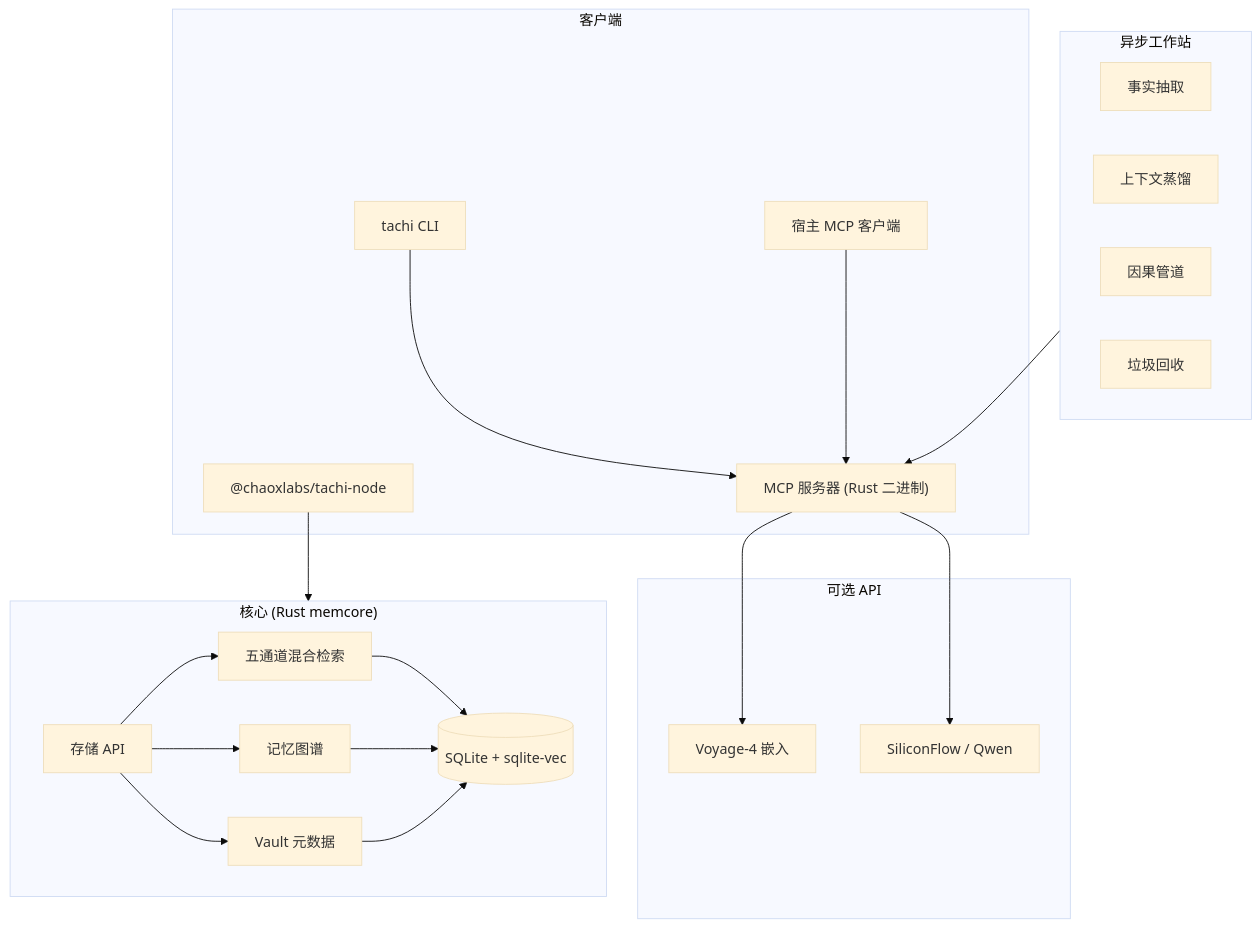
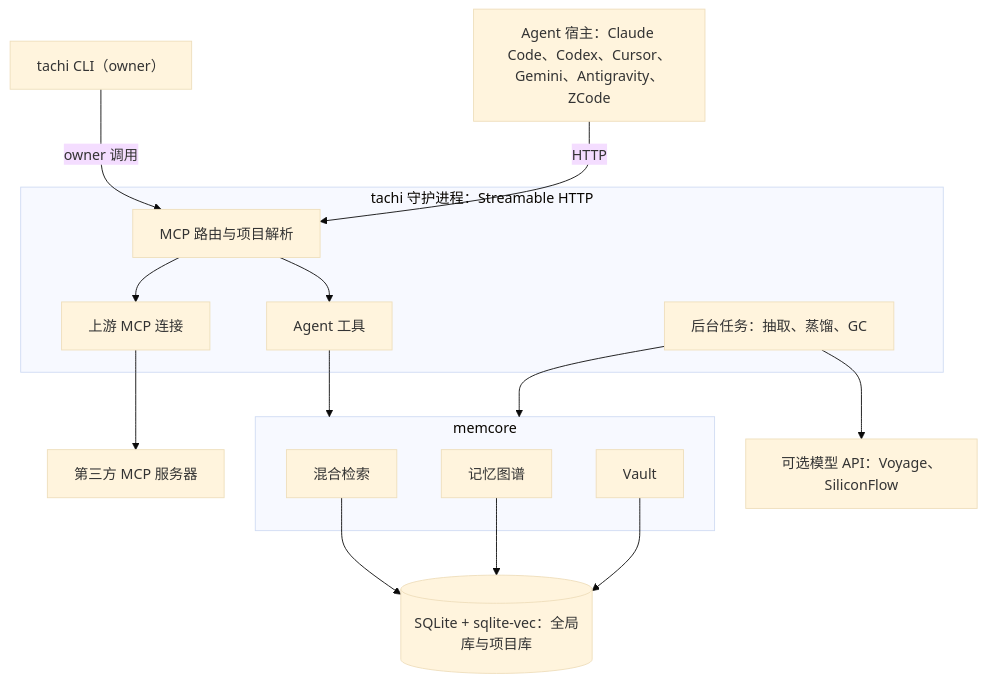
Before and after one commit to kckylechen1/Tachi: the diagram in README.zh-CN.md, drawn with Mermaid (base theme). The commit also changed other lines of this file and 4 other files, not shown here.

````diff
--- a/README.zh-CN.md
+++ b/README.zh-CN.md
@@ -202,43 +207,34 @@
 ```mermaid
 graph TD
-    subgraph Clients["客户端"]
-        CLI["tachi CLI"]
-        RMCP["MCP 服务器 (Rust 二进制)"]
-        Node["@chaoxlabs/tachi-node"]
-        Hosts["宿主 MCP 客户端"]
+    Hosts["Agent 宿主：Claude Code、Codex、Cursor、Gemini、Antigravity、ZCode"]
+    CLI["tachi CLI（owner）"]
+    Upstream["第三方 MCP 服务器"]
+    APIs["可选模型 API：Voyage、SiliconFlow"]
+
+    subgraph Daemon["tachi 守护进程：Streamable HTTP"]
+        Router["MCP 路由与项目解析"]
+        Tools["Agent 工具"]
+        Gateway["上游 MCP 连接"]
+        Workers["后台任务：抽取、蒸馏、GC"]
     end
 
-    subgraph Cloud["可选 API"]
-        VOYAGE["Voyage-4 嵌入"]
-        SILICON["SiliconFlow / Qwen"]
+    subgraph Core["memcore"]
+        Search["混合检索"]
+        Graph["记忆图谱"]
+        Vault["Vault"]
     end
 
-    subgraph Workers["异步工作站"]
-        EXTRACT["事实抽取"]
-        DISTILL["上下文蒸馏"]
-        CAUSAL["因果管道"]
-        GC["垃圾回收"]
-    end
+    DB[("SQLite + sqlite-vec：全局库与项目库")]
 
-    subgraph Core["核心 (Rust memcore)"]
-        API["存储 API"]
-        SEARCH["五通道混合检索"]
-        GRAPH["记忆图谱"]
-        VAULT["Vault 元数据"]
-        API --> SEARCH
-        API --> GRAPH
-        API --> VAULT
-        SEARCH --> DB
-        GRAPH --> DB
-        VAULT --> DB
-    end
-
-    DB[(SQLite + sqlite-vec)]
-
-    RMCP --> VOYAGE
-    RMCP --> SILICON
-    CLI --> RMCP
-    Hosts --> RMCP
-    Node --> Core
-    Workers --> RMCP
+    Hosts -->|HTTP| Router
+    CLI -->|owner 调用| Router
+    Router --> Tools
+    Router --> Gateway
+    Gateway --> Upstream
+    Tools --> Core
+    Workers --> Core
+    Workers --> APIs
+    Search --> DB
+    Graph --> DB
+    Vault --> DB
 ```
````
